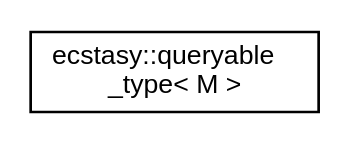
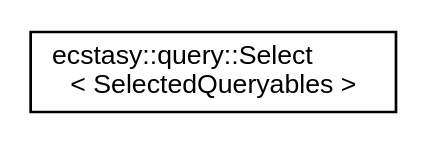
Before and after one commit to AndreasLrx/ecstasy: the diagram in inherit_graph_32.dot, drawn with Graphviz. The commit also changed 469 other files, not shown here.

```diff
--- a/inherit_graph_32.dot
+++ b/inherit_graph_32.dot
@@ -1,8 +1,8 @@
 digraph "Graphical Class Hierarchy"
 {
  // LATEX_PDF_SIZE
   edge [fontname="Helvetica",fontsize="10",labelfontname="Helvetica",labelfontsize="10"];
   node [fontname="Helvetica",fontsize="10",shape=record];
   rankdir="LR";
-  Node0 [label="ecstasy::queryable\l_type\< M \>",height=0.2,width=0.4,color="black", fillcolor="white", style="filled",URL="$structecstasy_1_1queryable__type_3_01_m_01_4.html",tooltip="type"];
+  Node0 [label="ecstasy::query::Select\l\< SelectedQueryables \>",height=0.2,width=0.4,color="black", fillcolor="white", style="filled",URL="$structecstasy_1_1query_1_1_select.html",tooltip="Advanced Query."];
 }
```
